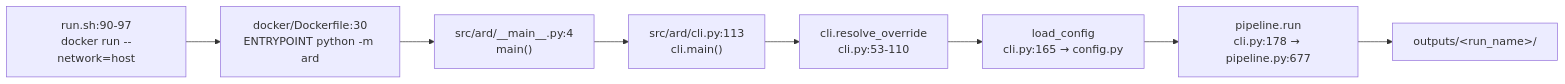
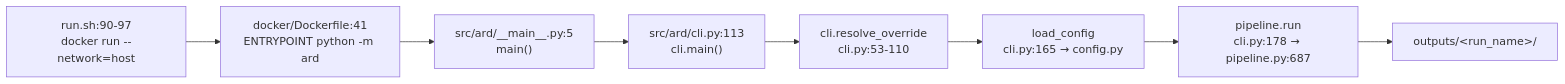
One commit to godthrone/anchor-replay-distillation changed the third of 5 diagrams in docs/architecture.md. Above: the diagram before and after it, drawn with Mermaid. The commit also changed other lines of this file and 2 other files, not shown here.

````diff
--- a/docs/architecture.md
+++ b/docs/architecture.md
@@ -94,10 +100,10 @@
 ```mermaid
 flowchart LR
-    R["run.sh:90-97<br/>docker run --network=host"] --> D["docker/Dockerfile:30<br/>ENTRYPOINT python -m ard"]
-    D --> M["src/ard/__main__.py:4<br/>main()"]
+    R["run.sh:90-97<br/>docker run --network=host"] --> D["docker/Dockerfile:41<br/>ENTRYPOINT python -m ard"]
+    D --> M["src/ard/__main__.py:5<br/>main()"]
     M --> C["src/ard/cli.py:113<br/>cli.main()"]
     C --> O["cli.resolve_override<br/>cli.py:53-110"]
     O --> L["load_config<br/>cli.py:165 → config.py"]
-    L --> P["pipeline.run<br/>cli.py:178 → pipeline.py:677"]
+    L --> P["pipeline.run<br/>cli.py:178 → pipeline.py:687"]
     P --> Out["outputs/&lt;run_name&gt;/"]
 ```
````
